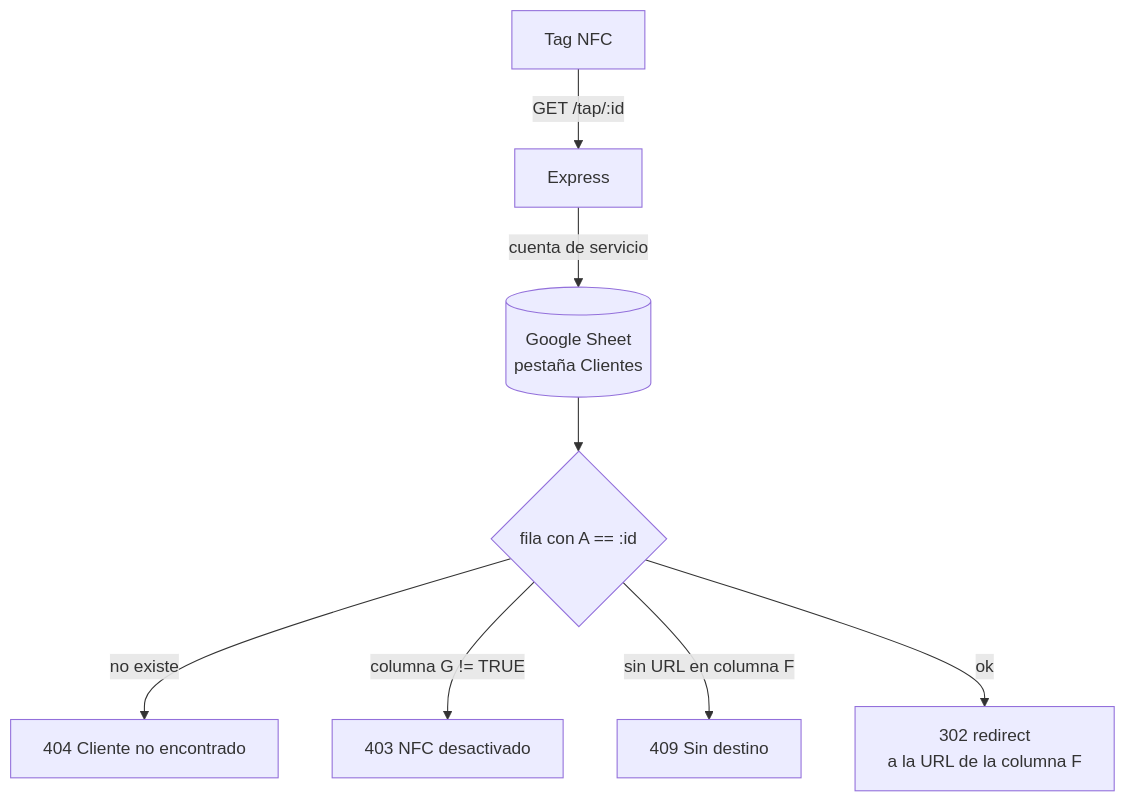
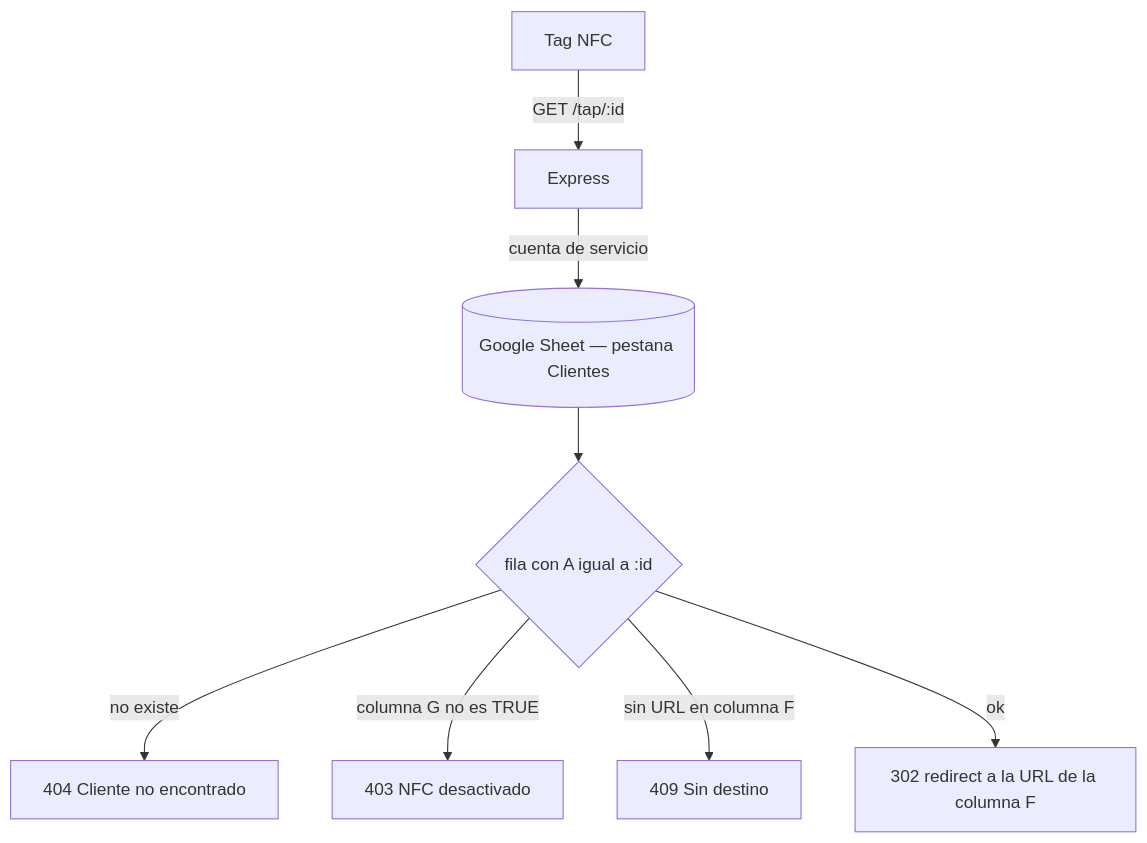
The diagram in README.md (alfonso-rdz-per/easytap-nfc-server), drawn with Mermaid before and after one commit.

Commit message:
docs: quote mermaid labels for reliable rendering
Claude-Session: https://claude.ai/code/session_013sxU3KqvWoxDakrCnHuhi9

````diff
--- a/README.md
+++ b/README.md
@@ -18,10 +18,10 @@
 ```mermaid
 flowchart TD
-    T[Tag NFC] -->|GET /tap/:id| S[Express]
-    S -->|cuenta de servicio| G[(Google Sheet<br/>pestaña Clientes)]
-    G --> F{fila con A == :id}
-    F -->|no existe| E404[404 Cliente no encontrado]
-    F -->|columna G != TRUE| E403[403 NFC desactivado]
-    F -->|sin URL en columna F| E409[409 Sin destino]
-    F -->|ok| R[302 redirect<br/>a la URL de la columna F]
+    T[Tag NFC] -->|"GET /tap/:id"| S[Express]
+    S -->|cuenta de servicio| G[("Google Sheet — pestana Clientes")]
+    G --> F{"fila con A igual a :id"}
+    F -->|no existe| E404["404 Cliente no encontrado"]
+    F -->|"columna G no es TRUE"| E403["403 NFC desactivado"]
+    F -->|"sin URL en columna F"| E409["409 Sin destino"]
+    F -->|ok| R["302 redirect a la URL de la columna F"]
 ```
````
